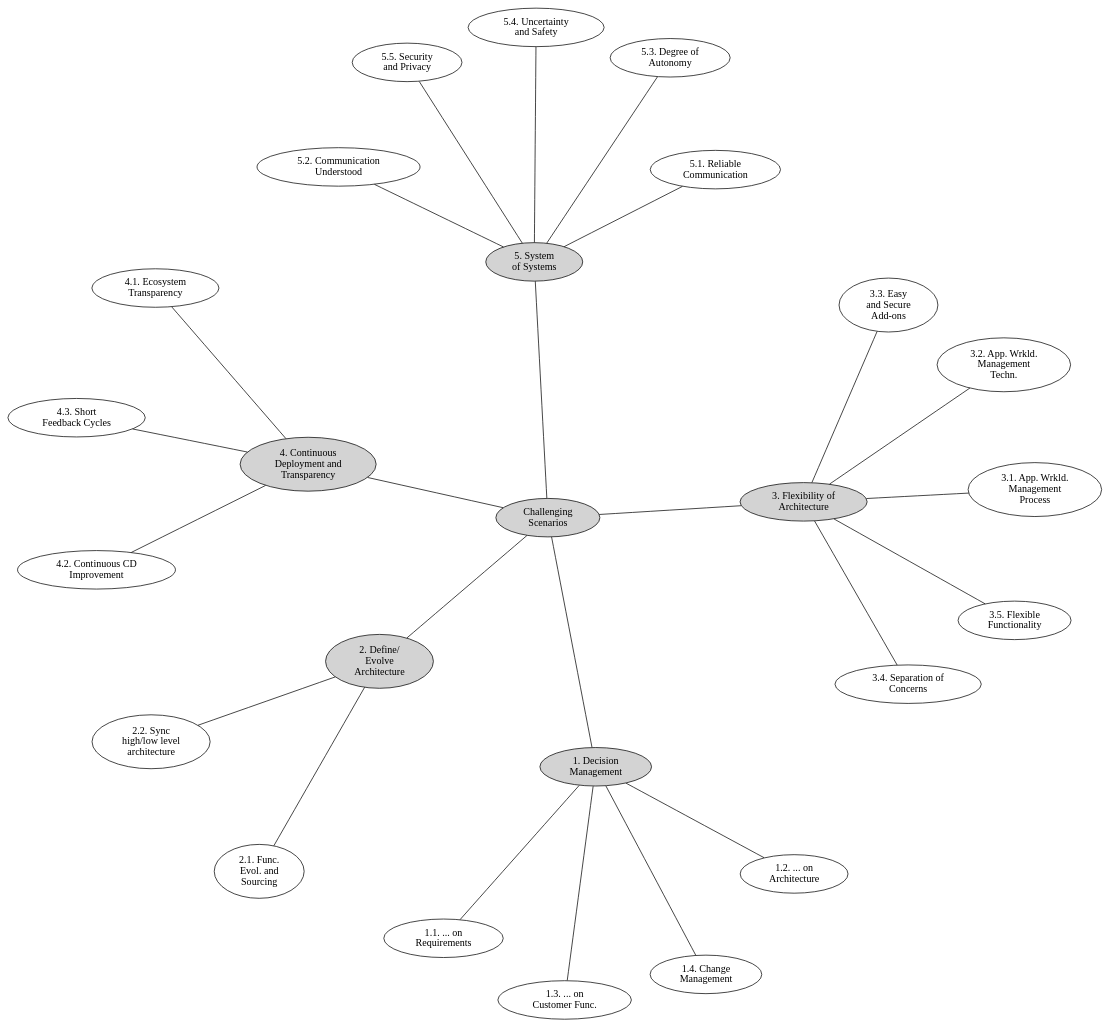
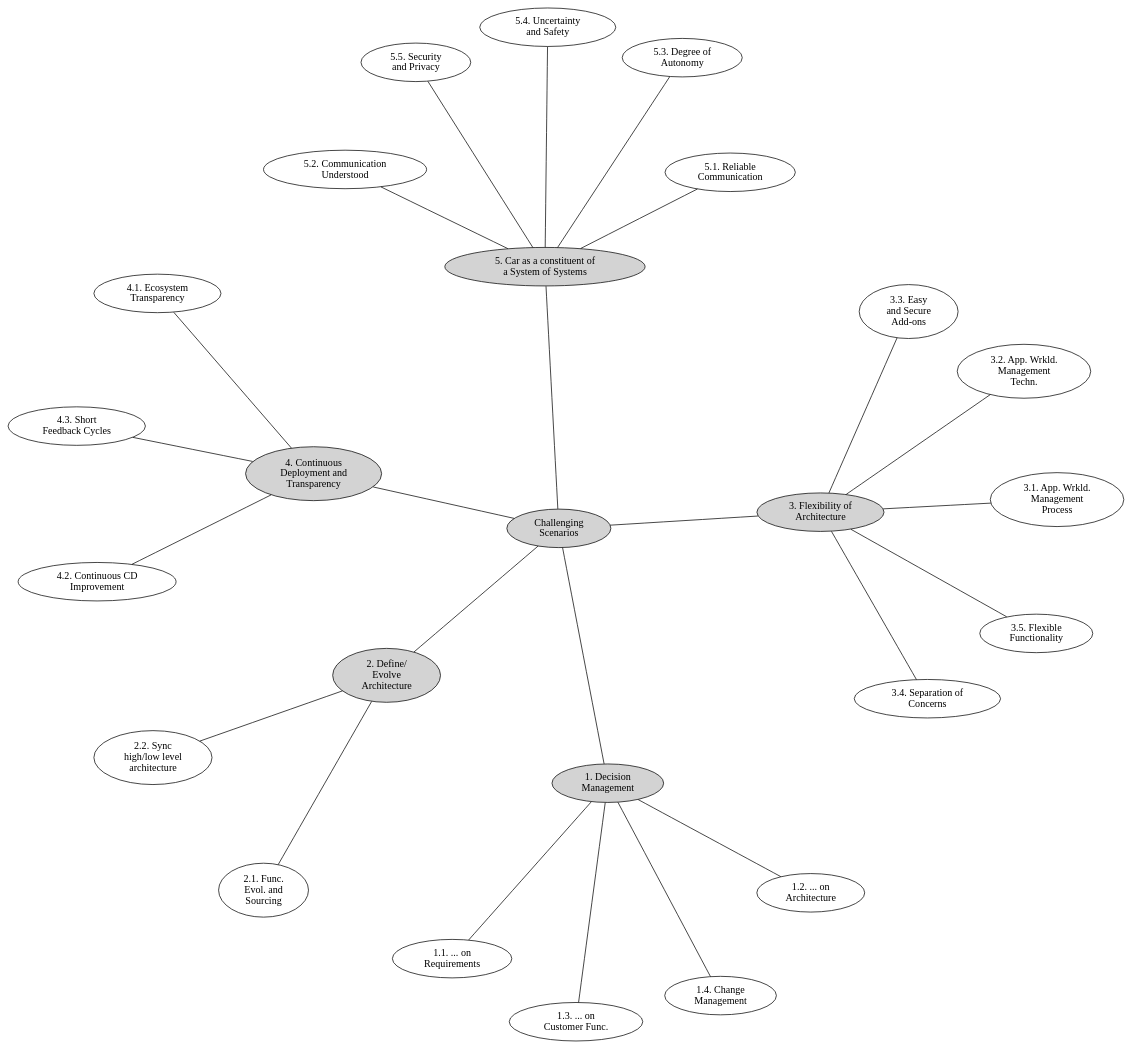
One commit to PatrizioPelliccione/WasaJournal changed the diagram in figures/use_cases.dot. Above: the diagram before and after it, drawn with Graphviz. The commit also changed 9 other files, not shown here.

```diff
--- a/figures/use_cases.dot
+++ b/figures/use_cases.dot
@@ -1,79 +1,79 @@
 graph UseCases {
   layout=neato;
   overlap=false;
   splines=true;
 
   {
     node [style=filled];
     node [label="Challenging\nScenarios"] root;
     node [label="1. Decision\nManagement"] s1;
     node [label="2. Define/\nEvolve\nArchitecture"] s2;
     node [label="3. Flexibility of\nArchitecture"] s3;
     node [label="4. Continuous\nDeployment and\nTransparency"] s4;
-    node [label="5. System\nof Systems"] sos;
+    node [label="5. Car as a constituent of\na System of Systems"] sos;
 
     root -- s1;
     root -- s2;
     root -- s3;
     root -- s4;
     root -- sos;
   }
 
   { // 1.*
     node [label="1.1. ... on\nRequirements"] s11;
     node [label="1.2. ... on\nArchitecture"] s12;
     node [label="1.3. ... on\nCustomer Func."] s13;
     node [label="1.4. Change\nManagement"] s14;
 
     s1 -- s11;
     s1 -- s12;
     s1 -- s13;
     s1 -- s14;
   }
 
   { // 2.*
     node [label="2.1. Func.\nEvol. and\nSourcing"] s21;
     node [label="2.2. Sync\nhigh/low level\narchitecture"] s22;
 
     s2 -- s21;
     s2 -- s22;
   }
 
   { // 3.*
     node [label="3.1. App. Wrkld.\nManagement\nProcess"] s31;
     node [label="3.2. App. Wrkld.\nManagement\nTechn."] s32;
     node [label="3.3. Easy\nand Secure\nAdd-ons"] s33;
     node [label="3.4. Separation of\nConcerns"] s34;
     node [label="3.5. Flexible\nFunctionality"] s35;
 
     s3 -- s31;
     s3 -- s32;
     s3 -- s33;
     s3 -- s34;
     s3 -- s35;
   }
 
   { // 4.*
     node [label="4.1. Ecosystem\nTransparency"] s41;
     node [label="4.2. Continuous CD\nImprovement"] s42;
     node [label="4.3. Short\nFeedback Cycles"] s43;
 
     s4 -- s41;
     s4 -- s42;
     s4 -- s43;
   }
 
   { // 5.*
     node [label="5.1. Reliable\nCommunication"] sos1;
     node [label="5.2. Communication\nUnderstood"] sos2;
     node [label="5.3. Degree of\nAutonomy"] sos3;
     node [label="5.4. Uncertainty\nand Safety"] sos4;
     node [label="5.5. Security\nand Privacy"] sos5;
 
     sos -- sos1;
     sos -- sos2;
     sos -- sos3;
     sos -- sos4;
     sos -- sos5;
   }
 }
```
